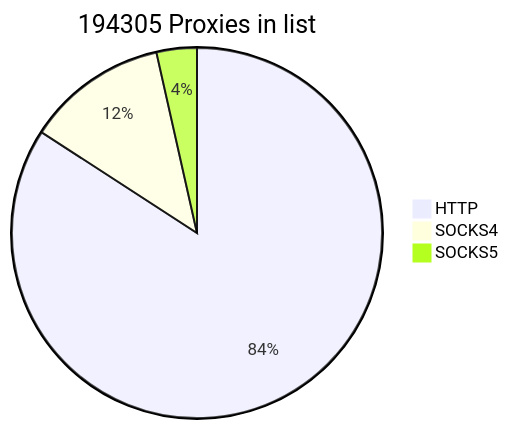
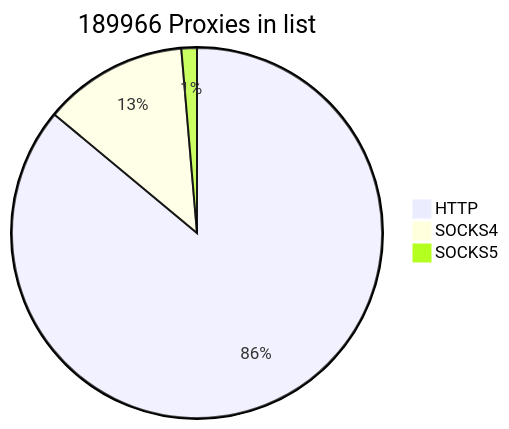
Before and after one commit to cutipu/proxylist: the first of 2 diagrams in README.md, drawn with Mermaid. The commit also changed other lines of this file, not shown here.

````diff
--- a/README.md
+++ b/README.md
@@ -2,7 +2,7 @@
 ```mermaid
-pie title 194305 Proxies in list
-    "HTTP" : 163515
-    "SOCKS4" : 23951
-    "SOCKS5" : 6839
+pie title 189966 Proxies in list
+    "HTTP" : 163441
+    "SOCKS4" : 23952
+    "SOCKS5" : 2573
             
 ```
````
